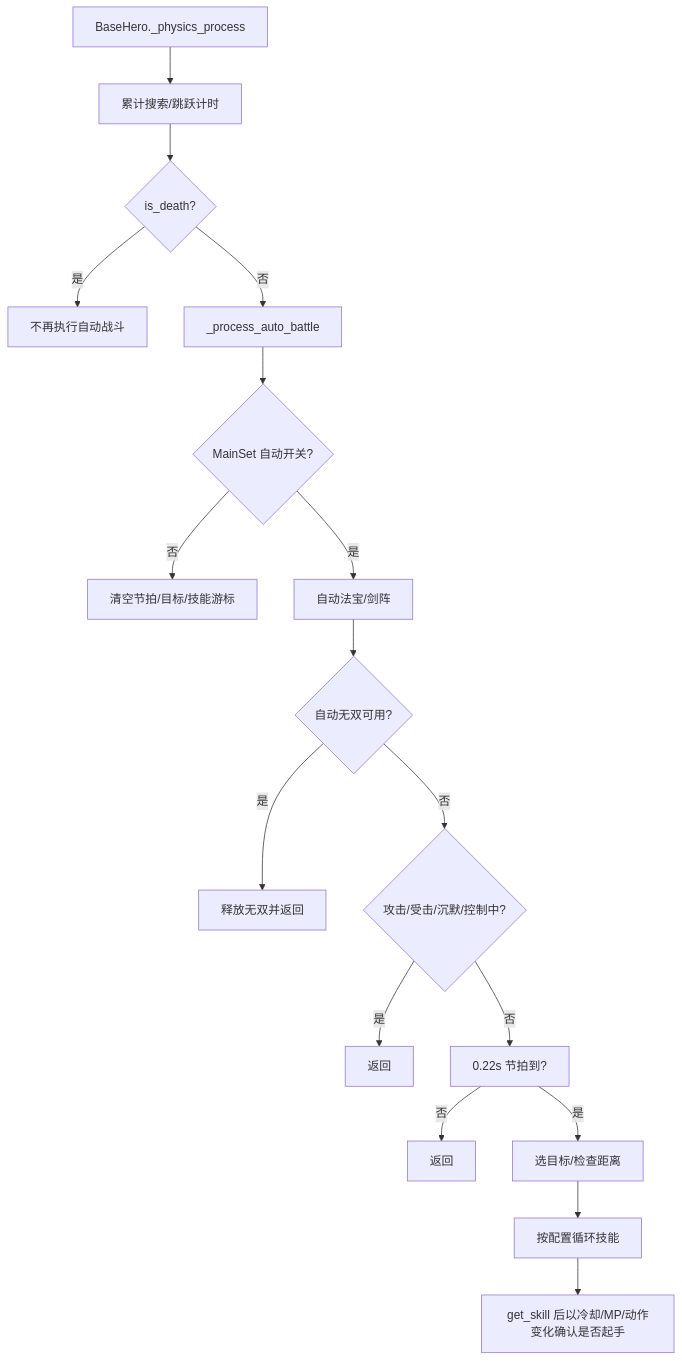
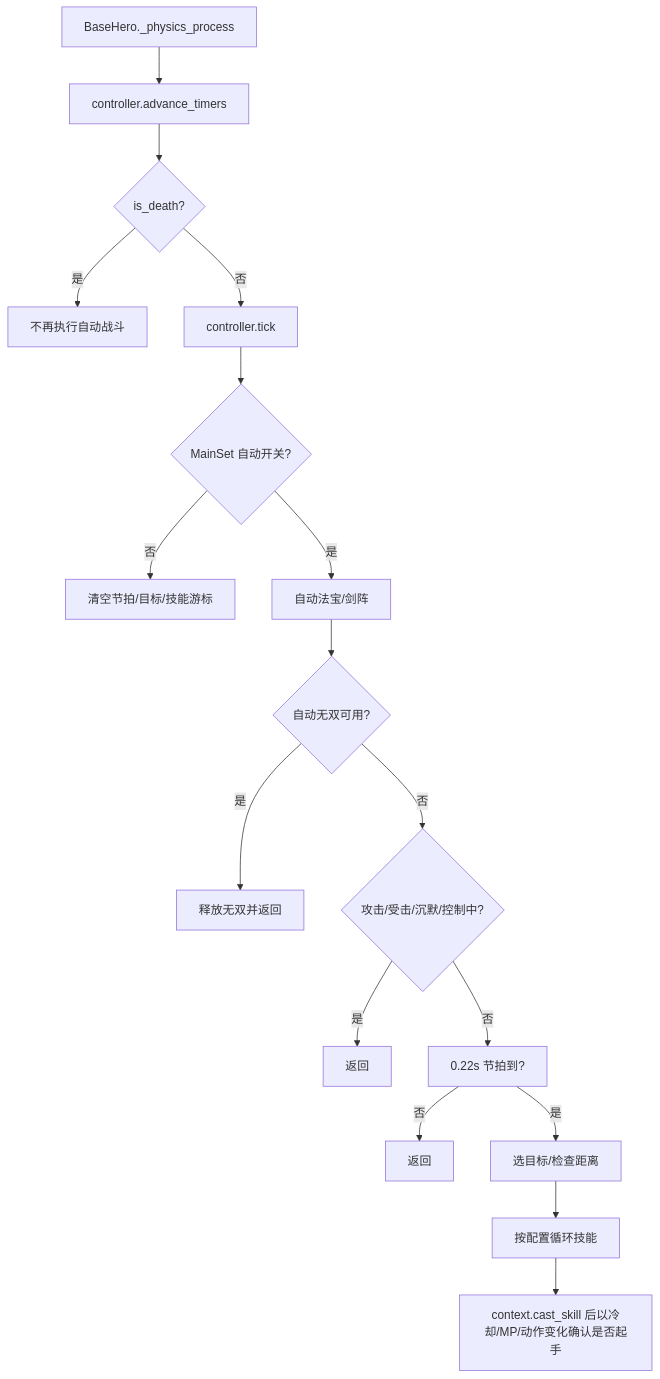
One commit to 0xnayuta/BHYH changed the first of 2 diagrams in docs/reference/combat_behavior_matrix.md. Above: the diagram before and after it, drawn with Mermaid. The commit also changed other lines of this file and 18 other files, not shown here.

````diff
--- a/docs/reference/combat_behavior_matrix.md
+++ b/docs/reference/combat_behavior_matrix.md
@@ -52,19 +52,19 @@
 ```mermaid
 flowchart TD
-    A[BaseHero._physics_process] --> B[累计搜索/跳跃计时]
+    A[BaseHero._physics_process] --> B[controller.advance_timers]
     B --> C{is_death?}
     C -->|是| D[不再执行自动战斗]
-    C -->|否| E[_process_auto_battle]
+    C -->|否| E[controller.tick]
     E --> F{MainSet 自动开关?}
     F -->|否| G[清空节拍/目标/技能游标]
     F -->|是| H[自动法宝/剑阵]
     H --> I{自动无双可用?}
     I -->|是| J[释放无双并返回]
     I -->|否| K{攻击/受击/沉默/控制中?}
     K -->|是| L[返回]
     K -->|否| M[0.22s 节拍到?]
     M -->|否| N[返回]
     M -->|是| O[选目标/检查距离]
     O --> P[按配置循环技能]
-    P --> Q[get_skill 后以冷却/MP/动作变化确认是否起手]
+    P --> Q[context.cast_skill 后以冷却/MP/动作变化确认是否起手]
 ```
````
